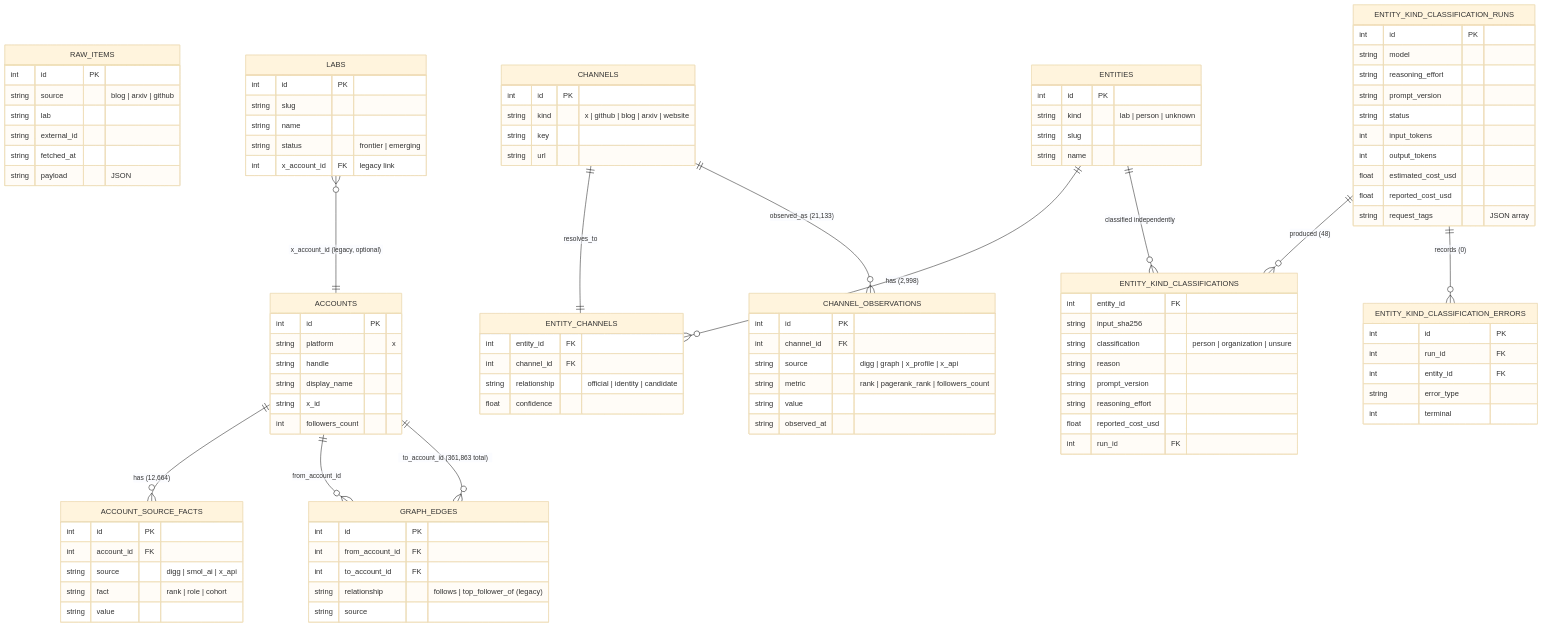
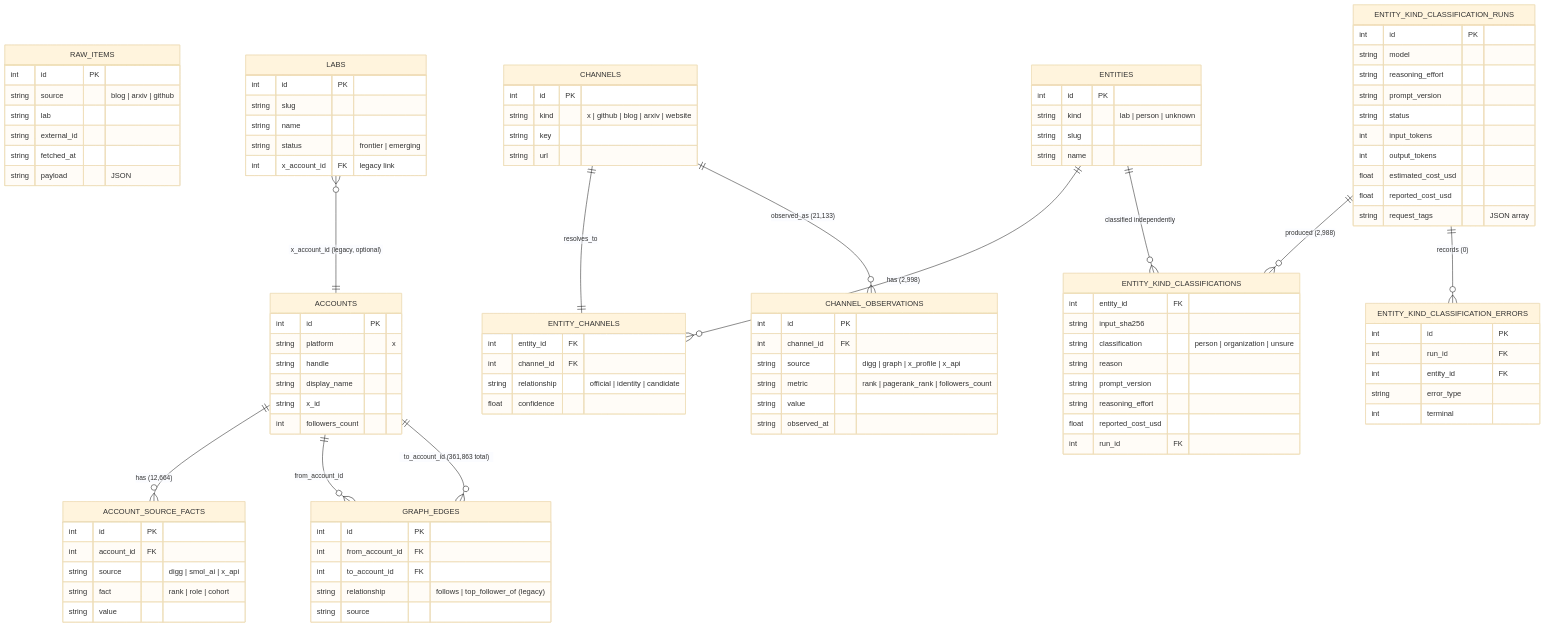
The third of 5 diagrams in docs/architecture/overview.md (AdithyanI/frontier-lab-intelligence), drawn with Mermaid (base theme) before and after one commit. The commit also changed other lines of this file and 6 other files, not shown here.

````diff
--- a/docs/architecture/overview.md
+++ b/docs/architecture/overview.md
@@ -282,7 +282,7 @@
     ENTITIES ||--o{ ENTITY_CHANNELS : "has (2,998)"
     CHANNELS ||--|| ENTITY_CHANNELS : resolves_to
     CHANNELS ||--o{ CHANNEL_OBSERVATIONS : "observed_as (21,133)"
-    ENTITY_KIND_CLASSIFICATION_RUNS ||--o{ ENTITY_KIND_CLASSIFICATIONS : "produced (48)"
+    ENTITY_KIND_CLASSIFICATION_RUNS ||--o{ ENTITY_KIND_CLASSIFICATIONS : "produced (2,988)"
     ENTITY_KIND_CLASSIFICATION_RUNS ||--o{ ENTITY_KIND_CLASSIFICATION_ERRORS : "records (0)"
     ENTITIES ||--o{ ENTITY_KIND_CLASSIFICATIONS : "classified independently"
 ```
````
